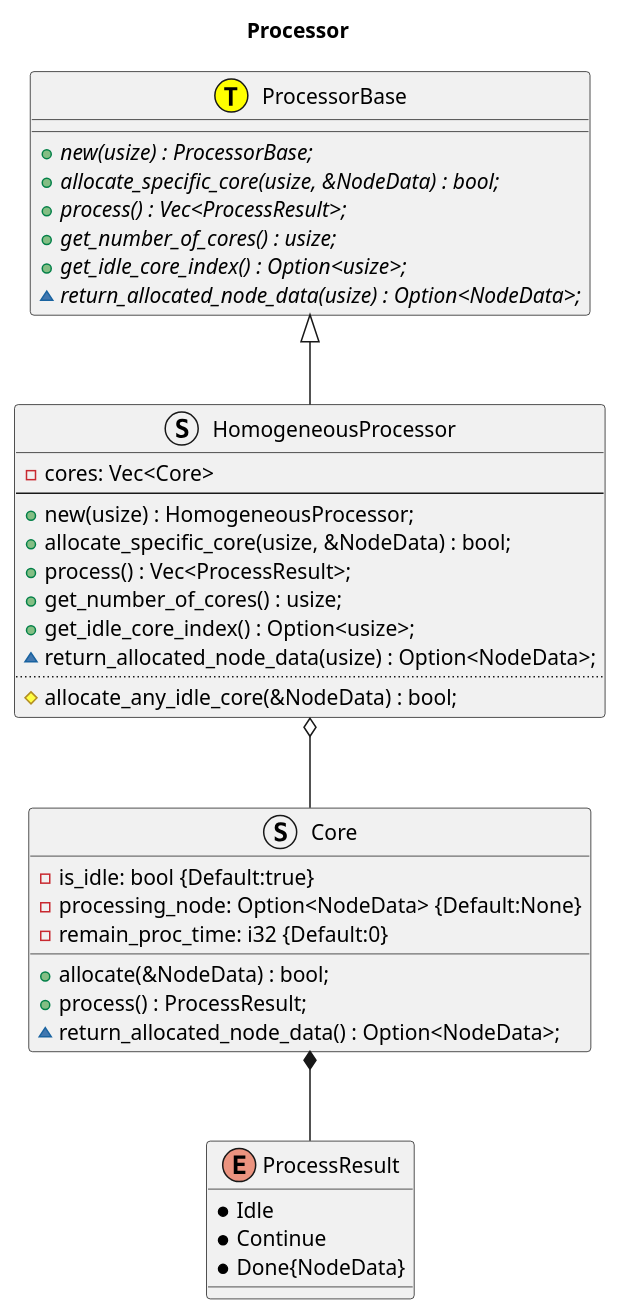
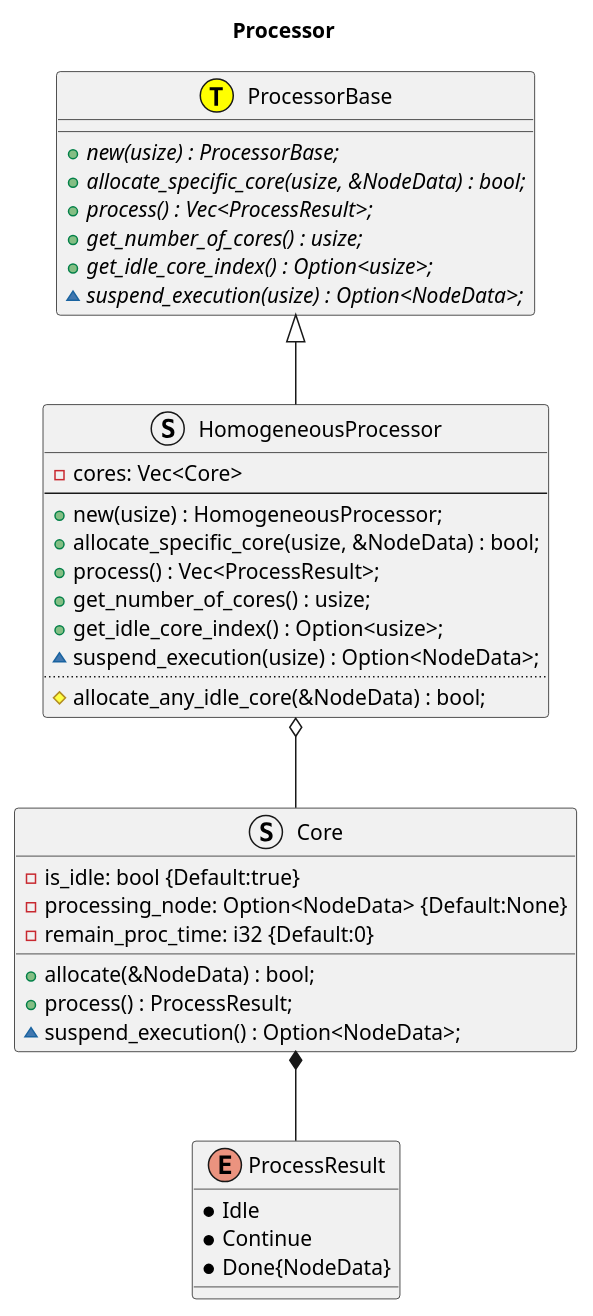
The diagram in UML/processor.pu (emb4-team/sched_sim_rust), drawn with PlantUML before and after one commit. The commit also changed 3 other files, not shown here.

Commit message:
style: suspend_execution

```diff
--- a/UML/processor.pu
+++ b/UML/processor.pu
@@ -1,49 +1,49 @@
 @startuml processor
 title Processor
 hide interface circle
 
 enum ProcessResult {
     * Idle
     * Continue
     * Done{NodeData}
 }
 
 class ProcessorBase << (T, yellow) >> {
     + {abstract} new(usize) : ProcessorBase;
     + {abstract} allocate_specific_core(usize, &NodeData) : bool;
     + {abstract} process() : Vec<ProcessResult>;
     + {abstract} get_number_of_cores() : usize;
     + {abstract} get_idle_core_index() : Option<usize>;
-    ~ {abstract} return_allocated_node_data(usize) : Option<NodeData>;
+    ~ {abstract} suspend_execution(usize) : Option<NodeData>;
 }
 
 struct HomogeneousProcessor {
     - cores: Vec<Core>
     --
     + new(usize) : HomogeneousProcessor;
     + allocate_specific_core(usize, &NodeData) : bool;
     + process() : Vec<ProcessResult>;
     + get_number_of_cores() : usize;
     + get_idle_core_index() : Option<usize>;
-    ~ return_allocated_node_data(usize) : Option<NodeData>;
+    ~ suspend_execution(usize) : Option<NodeData>;
     ..
     # allocate_any_idle_core(&NodeData) : bool;
 }
 
 struct Core {
     - is_idle: bool {Default:true}
     - processing_node: Option<NodeData> {Default:None}
     - remain_proc_time: i32 {Default:0}
 
     + allocate(&NodeData) : bool;
     + process() : ProcessResult;
-    ~ return_allocated_node_data() : Option<NodeData>;
+    ~ suspend_execution() : Option<NodeData>;
 }
 
 ProcessorBase <|-- HomogeneousProcessor
 HomogeneousProcessor o-- Core
 Core *-- ProcessResult
 
 
 
 @enduml
```
